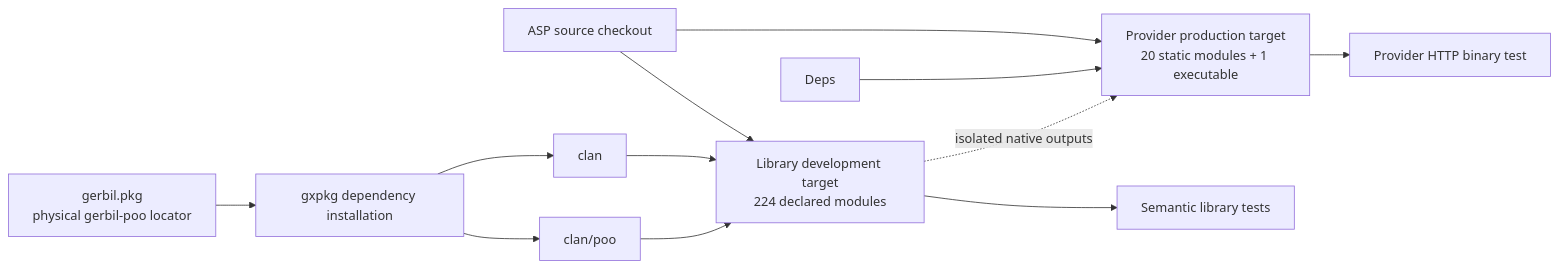
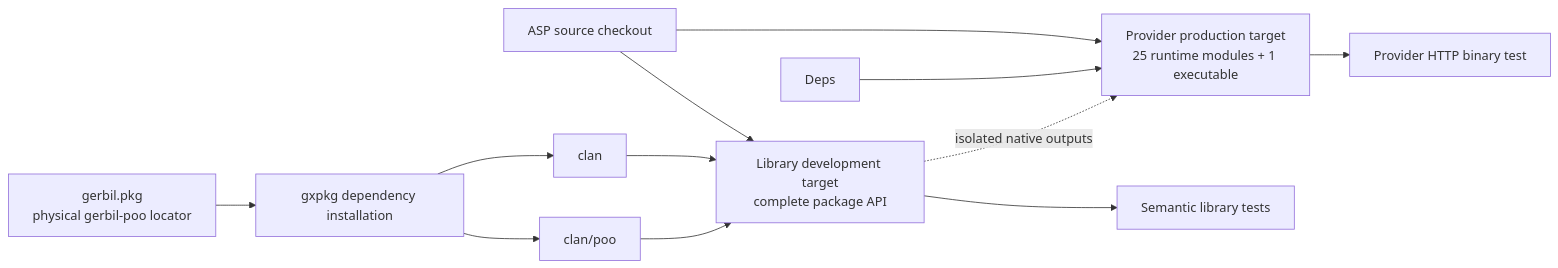
The fourth of 8 diagrams in docs/30-39-building/31.07-native-gerbil-declarative-boundary.org (tao3k/asp-gerbil-scheme), drawn with Mermaid before and after one commit. The commit also changed other lines of this file and 356 other files, not shown here.

```diff
--- a/docs/30-39-building/31.07-native-gerbil-declarative-boundary.org
+++ b/docs/30-39-building/31.07-native-gerbil-declarative-boundary.org
@@ -153,14 +154,14 @@
 #+begin_src mermaid
 flowchart LR
     Manifest["gerbil.pkg<br/>physical gerbil-poo locator"] --> Gxpkg[gxpkg dependency installation]
     Gxpkg --> Clan[clan]
     Gxpkg --> POO[clan/poo]
-    Source[ASP source checkout] --> Library[Library development target<br/>224 declared modules]
-    Source --> Provider[Provider production target<br/>20 static modules + 1 executable]
+    Source[ASP source checkout] --> Library[Library development target<br/>complete package API]
+    Source --> Provider[Provider production target<br/>25 runtime modules + 1 executable]
     Clan --> Library
     POO --> Library
     Deps --> Provider
     Library --> LibraryTests[Semantic library tests]
     Provider --> ProviderTest[Provider HTTP binary test]
     Library -. isolated native outputs .-> Provider
 #+end_src
```
